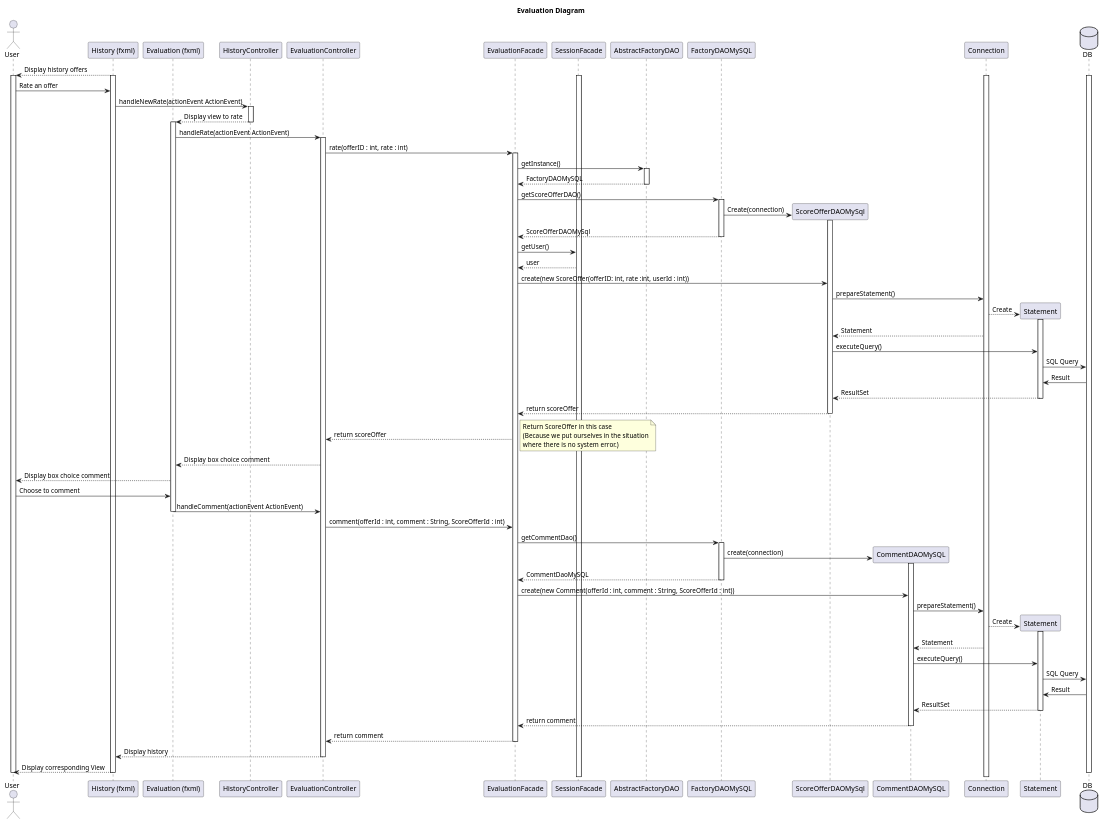
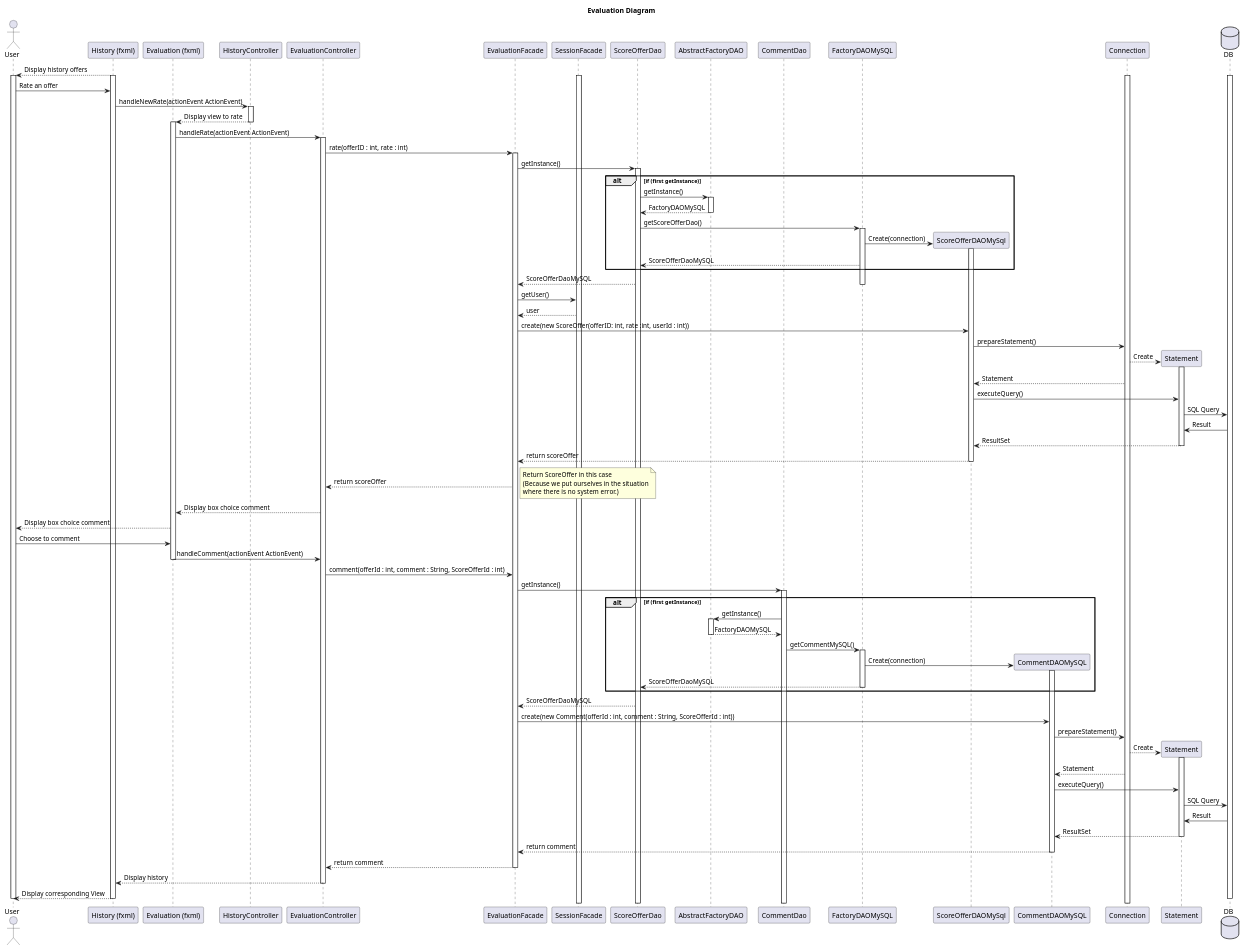
The diagram in documents/diagram/evaluation/evaluationSequence.puml (LaunoisRemy/ToolShare), drawn with PlantUML before and after one commit. The commit also changed 3 other files, not shown here.

Commit message:
UML : Class and sequence

```diff
--- a/documents/diagram/evaluation/evaluationSequence.puml
+++ b/documents/diagram/evaluation/evaluationSequence.puml
@@ -1,148 +1,168 @@
 @startuml
 title Evaluation Diagram
 
 actor User
 participant "History (fxml)"
 participant "Evaluation (fxml)" as evView
 participant HistoryController
 participant EvaluationController
 participant EvaluationFacade
 participant SessionFacade
+participant ScoreOfferDao
 participant AbstractFactoryDAO
+participant CommentDao
 participant FactoryDAOMySQL
 participant ScoreOfferDAOMySql
 participant CommentDAOMySQL
 participant Connection
 participant Statement
 database DB
 
 
 "History (fxml)"-->User: Display history offers
 
 activate "History (fxml)"
 activate User
 activate DB
 activate SessionFacade
 activate Connection
 
 User->"History (fxml)": Rate an offer
 
 "History (fxml)"->HistoryController: handleNewRate(actionEvent ActionEvent)
 
 activate HistoryController
 HistoryController --> evView :  Display view to rate
 deactivate HistoryController
 activate evView
 evView -> EvaluationController : handleRate(actionEvent ActionEvent)
 
 activate EvaluationController
 EvaluationController->EvaluationFacade: rate(offerID : int, rate : int)
 
 
 
 activate EvaluationFacade
+EvaluationFacade->ScoreOfferDao : getInstance()
+alt if (first getInstance)
+    activate ScoreOfferDao
+    ScoreOfferDao -> AbstractFactoryDAO : getInstance()
+    activate AbstractFactoryDAO
+    AbstractFactoryDAO --> ScoreOfferDao : FactoryDAOMySQL
+    deactivate AbstractFactoryDAO
 
-EvaluationFacade->AbstractFactoryDAO:getInstance()
-activate AbstractFactoryDAO
+    ScoreOfferDao -> FactoryDAOMySQL : getScoreOfferDao()
+    activate FactoryDAOMySQL
+    FactoryDAOMySQL -> ScoreOfferDAOMySql **:Create(connection)
+    activate ScoreOfferDAOMySql
+    FactoryDAOMySQL --> ScoreOfferDao : ScoreOfferDaoMySQL
+end
+
+ScoreOfferDao --> EvaluationFacade : ScoreOfferDaoMySQL
 
 
-AbstractFactoryDAO--> EvaluationFacade : FactoryDAOMySQL
-deactivate AbstractFactoryDAO
-
-EvaluationFacade -> FactoryDAOMySQL:getScoreOfferDAO()
-
-activate FactoryDAOMySQL
-
-FactoryDAOMySQL->ScoreOfferDAOMySql **:Create(connection)
-
-activate ScoreOfferDAOMySql
-FactoryDAOMySQL-->EvaluationFacade:ScoreOfferDAOMySql
 
 deactivate FactoryDAOMySQL
 EvaluationFacade -> SessionFacade : getUser()
 SessionFacade --> EvaluationFacade : user
 EvaluationFacade->ScoreOfferDAOMySql: create(new ScoreOffer(offerID: int, rate :int, userId : int))
 
 ScoreOfferDAOMySql->Connection: prepareStatement()
 
 
 Connection-->Statement **: Create
 
 activate Statement
 
 Connection-->ScoreOfferDAOMySql: Statement
 
 
 
 ScoreOfferDAOMySql->Statement:executeQuery()
 
 Statement->DB: SQL Query
 
 DB->Statement:Result
 
 Statement-->ScoreOfferDAOMySql: ResultSet
 
 deactivate Statement
 
 ScoreOfferDAOMySql-->EvaluationFacade: return scoreOffer
 deactivate ScoreOfferDAOMySql
 
 
 EvaluationFacade --> EvaluationController : return scoreOffer
 note right
     Return ScoreOffer in this case
     (Because we put ourselves in the situation
     where there is no system error.)
 end note
 
 
 
 EvaluationController --> evView : Display box choice comment
 evView --> User : Display box choice comment
 User -> evView : Choose to comment
 evView -> EvaluationController : handleComment(actionEvent ActionEvent)
 deactivate evView
 EvaluationController -> EvaluationFacade : comment(offerId : int, comment : String, ScoreOfferId : int)
-EvaluationFacade -> FactoryDAOMySQL : getCommentDao()
-activate FactoryDAOMySQL
-FactoryDAOMySQL -> CommentDAOMySQL **: create(connection)
-activate CommentDAOMySQL
-FactoryDAOMySQL --> EvaluationFacade : CommentDaoMySQL
-deactivate FactoryDAOMySQL
+
+EvaluationFacade->CommentDao : getInstance()
+alt if (first getInstance)
+    activate CommentDao
+    CommentDao -> AbstractFactoryDAO : getInstance()
+    activate AbstractFactoryDAO
+    AbstractFactoryDAO --> CommentDao : FactoryDAOMySQL
+    deactivate AbstractFactoryDAO
+
+    CommentDao -> FactoryDAOMySQL : getCommentMySQL()
+    activate FactoryDAOMySQL
+    FactoryDAOMySQL -> CommentDAOMySQL **:Create(connection)
+    activate CommentDAOMySQL
+    FactoryDAOMySQL --> ScoreOfferDao : ScoreOfferDaoMySQL
+
+    deactivate FactoryDAOMySQL
+end
+
+ScoreOfferDao --> EvaluationFacade : ScoreOfferDaoMySQL
+
+
+
 EvaluationFacade -> CommentDAOMySQL : create(new Comment(offerId : int, comment : String, ScoreOfferId : int))
 
 CommentDAOMySQL->Connection: prepareStatement()
 
 Connection-->Statement **: Create
 
 activate Statement
 
 Connection-->CommentDAOMySQL: Statement
 
 
 CommentDAOMySQL->Statement:executeQuery()
 
 Statement->DB: SQL Query
 
 DB->Statement:Result
 
 Statement-->CommentDAOMySQL: ResultSet
 
 deactivate Statement
 CommentDAOMySQL --> EvaluationFacade : return comment
 deactivate CommentDAOMySQL
 EvaluationFacade --> EvaluationController : return comment
 deactivate EvaluationFacade
 EvaluationController --> "History (fxml)" : Display history
 deactivate EvaluationController
 deactivate EvaluationFacade
 
 deactivate HistoryController
 
 "History (fxml)" --> User: Display corresponding View
 
 deactivate "History (fxml)"
 deactivate DB
 deactivate User
 
 @enduml
```
